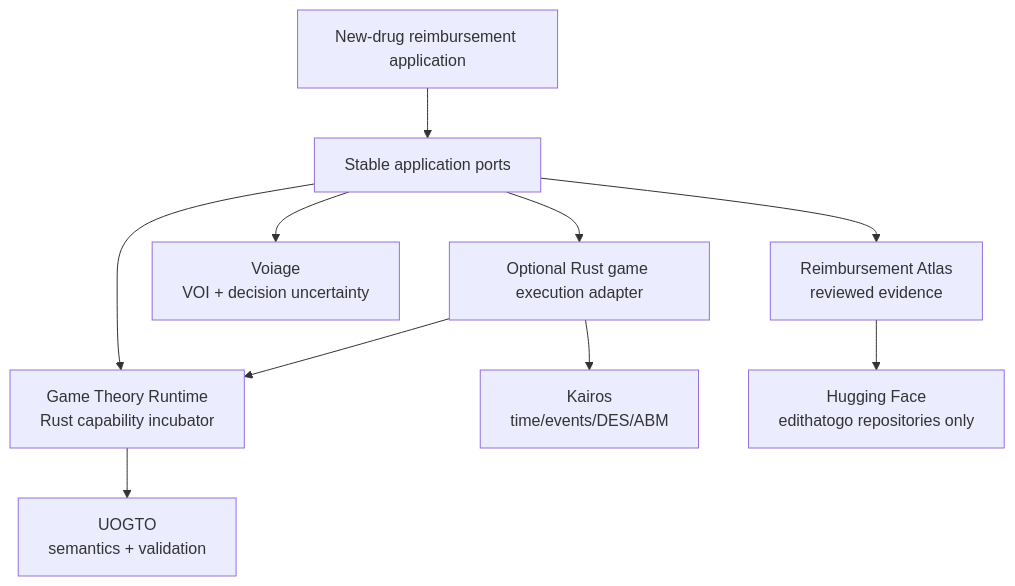
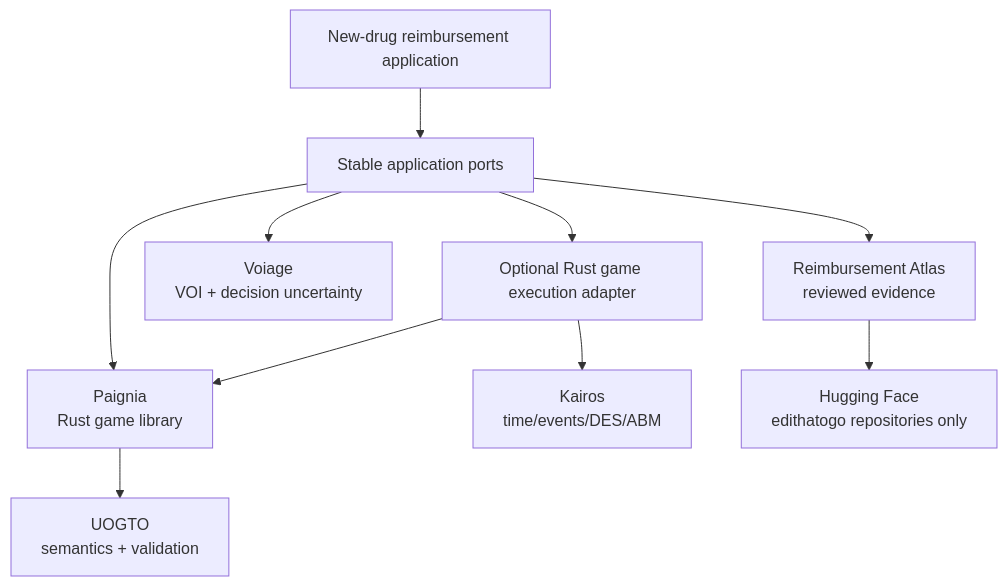
Before and after one commit to edithatogo/new-drug-reimbursement-game: the diagram in README.md, drawn with Mermaid. The commit also changed other lines of this file and 39 other files, not shown here.

First line of the commit message:
refactor: consume the immutable Paignia Rust provider (#101)

````diff
--- a/README.md
+++ b/README.md
@@ -38,22 +37,22 @@
 ```mermaid
 flowchart TB
   APP[New-drug reimbursement application]
   PORTS[Stable application ports]
-  GT[Game Theory Runtime\nRust capability incubator]
+  GT[Paignia\nRust game library]
   GAME_ADAPTER[Optional Rust game execution adapter]
   UOGTO[UOGTO\nsemantics + validation]
   KAIROS[Kairos\ntime/events/DES/ABM]
   VOI[Voiage\nVOI + decision uncertainty]
   ATLAS[Reimbursement Atlas\nreviewed evidence]
   HF[Hugging Face\nedithatogo repositories only]
 
   APP --> PORTS
   PORTS --> GT
   GT --> UOGTO
   PORTS --> GAME_ADAPTER
   GAME_ADAPTER --> GT
   GAME_ADAPTER --> KAIROS
   PORTS --> VOI
   PORTS --> ATLAS
   ATLAS --> HF
 ```
````
